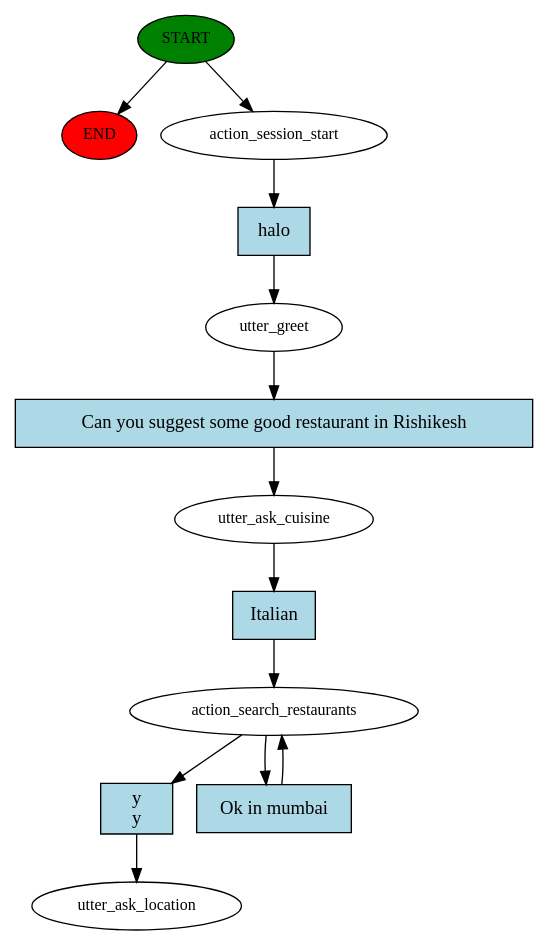
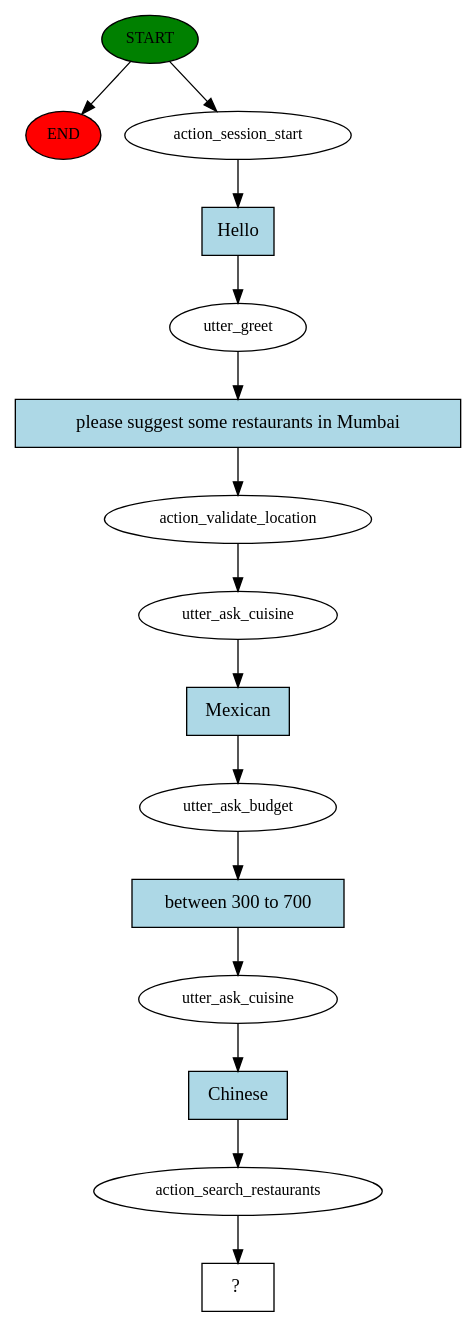
The diagram in story_graph.dot (pandeyvaibhav/RasaFoodieRobi), drawn with Graphviz before and after one commit. The commit also changed 13 other files, not shown here.

```diff
--- a/story_graph.dot
+++ b/story_graph.dot
@@ -1,26 +1,31 @@
 digraph  {
 0 [class="start active", fillcolor=green, fontsize=12, label=START, style=filled];
 "-1" [class=end, fillcolor=red, fontsize=12, label=END, style=filled];
 1 [class=active, fontsize=12, label=action_session_start];
 2 [class=active, fontsize=12, label=utter_greet];
-3 [class=active, fontsize=12, label=utter_ask_cuisine];
-4 [class=active, fontsize=12, label=action_search_restaurants];
-6 [class="dashed active", fontsize=12, label=utter_ask_location];
-7 [class="intent active", fillcolor=lightblue, label=halo, shape=rect, style=filled];
-8 [class="intent active", fillcolor=lightblue, label="Can you suggest some good restaurant in Rishikesh", shape=rect, style=filled];
-9 [class="intent active", fillcolor=lightblue, label=Italian, shape=rect, style=filled];
-10 [class="intent active", fillcolor=lightblue, label="y\ny", shape=rect, style=filled];
-11 [class="intent active", fillcolor=lightblue, label="Ok in mumbai", shape=rect, style=filled];
+3 [class=active, fontsize=12, label=action_validate_location];
+4 [class=active, fontsize=12, label=utter_ask_cuisine];
+5 [class=active, fontsize=12, label=utter_ask_budget];
+6 [class=active, fontsize=12, label=utter_ask_cuisine];
+7 [class=active, fontsize=12, label=action_search_restaurants];
+8 [class="intent dashed active", label="  ?  ", shape=rect];
+9 [class="intent active", fillcolor=lightblue, label=Hello, shape=rect, style=filled];
+10 [class="intent active", fillcolor=lightblue, label="please suggest some restaurants in Mumbai", shape=rect, style=filled];
+11 [class="intent active", fillcolor=lightblue, label=Mexican, shape=rect, style=filled];
+12 [class="intent active", fillcolor=lightblue, label="between 300 to 700", shape=rect, style=filled];
+13 [class="intent active", fillcolor=lightblue, label=Chinese, shape=rect, style=filled];
 0 -> "-1"  [class="", key=NONE, label=""];
 0 -> 1  [class=active, key=NONE, label=""];
-1 -> 7  [class=active, key=0];
-2 -> 8  [class=active, key=0];
-3 -> 9  [class=active, key=0];
-4 -> 10  [class=active, key=0];
+1 -> 9  [class=active, key=0];
+2 -> 10  [class=active, key=0];
+3 -> 4  [class=active, key=NONE, label=""];
 4 -> 11  [class=active, key=0];
-7 -> 2  [class=active, key=0];
-8 -> 3  [class=active, key=0];
-9 -> 4  [class=active, key=0];
-10 -> 6  [class=active, key=0];
-11 -> 4  [class=active, key=0];
+5 -> 12  [class=active, key=0];
+6 -> 13  [class=active, key=0];
+7 -> 8  [class=active, key=NONE, label=""];
+9 -> 2  [class=active, key=0];
+10 -> 3  [class=active, key=0];
+11 -> 5  [class=active, key=0];
+12 -> 6  [class=active, key=0];
+13 -> 7  [class=active, key=0];
 }
```
